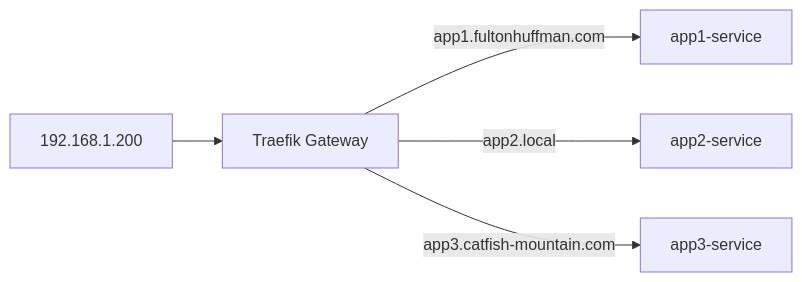
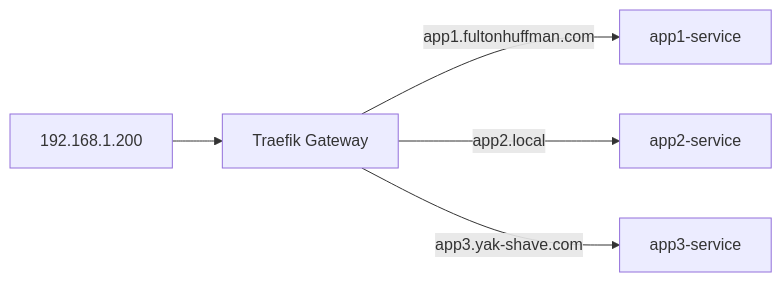
One commit to bafulton/homelab changed the second of 2 diagrams in kubernetes/infra/README.md. Above: the diagram before and after it, drawn with Mermaid. The commit also changed other lines of this file and 45 other files, not shown here.

````diff
--- a/kubernetes/infra/README.md
+++ b/kubernetes/infra/README.md
@@ -113,7 +97,7 @@
 ```mermaid
 flowchart LR
     ip[192.168.1.200] --> gateway[Traefik Gateway]
     gateway -->|app1.fultonhuffman.com| app1[app1-service]
     gateway -->|app2.local| app2[app2-service]
-    gateway -->|app3.catfish-mountain.com| app3[app3-service]
+    gateway -->|app3.yak-shave.com| app3[app3-service]
 ```
````
